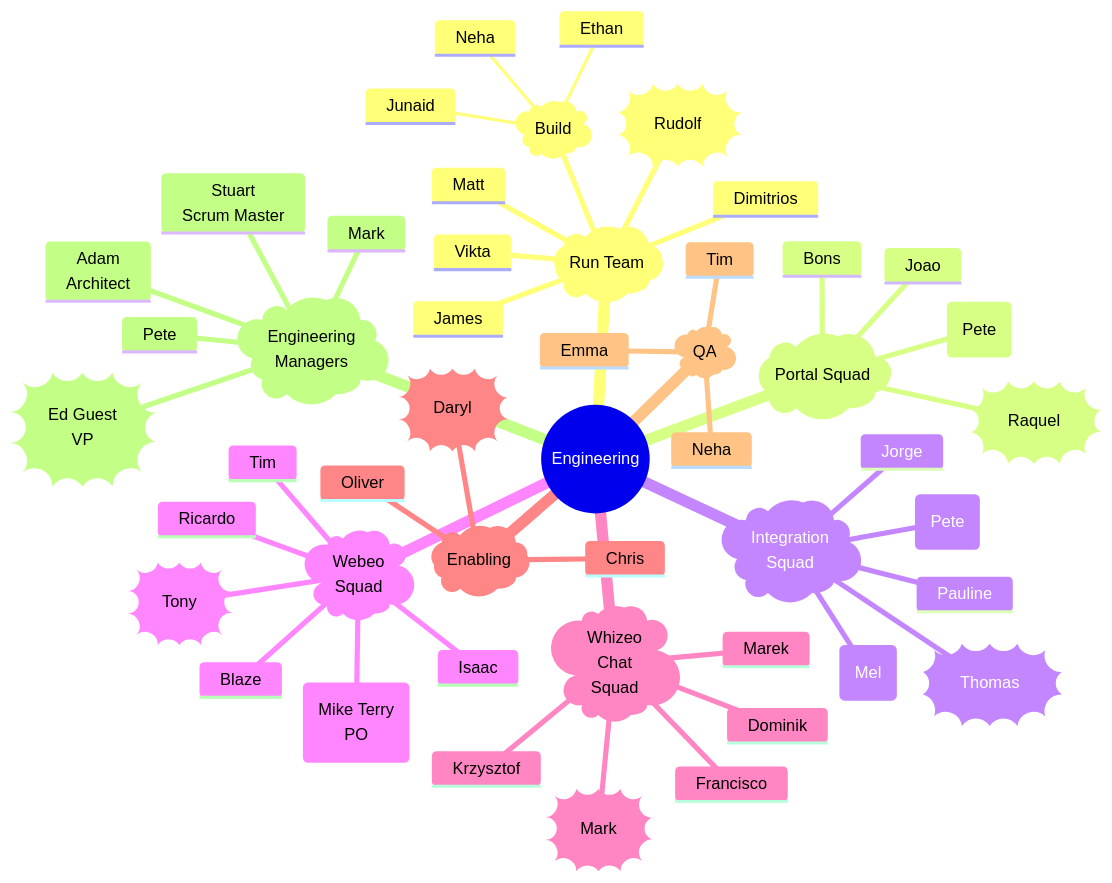
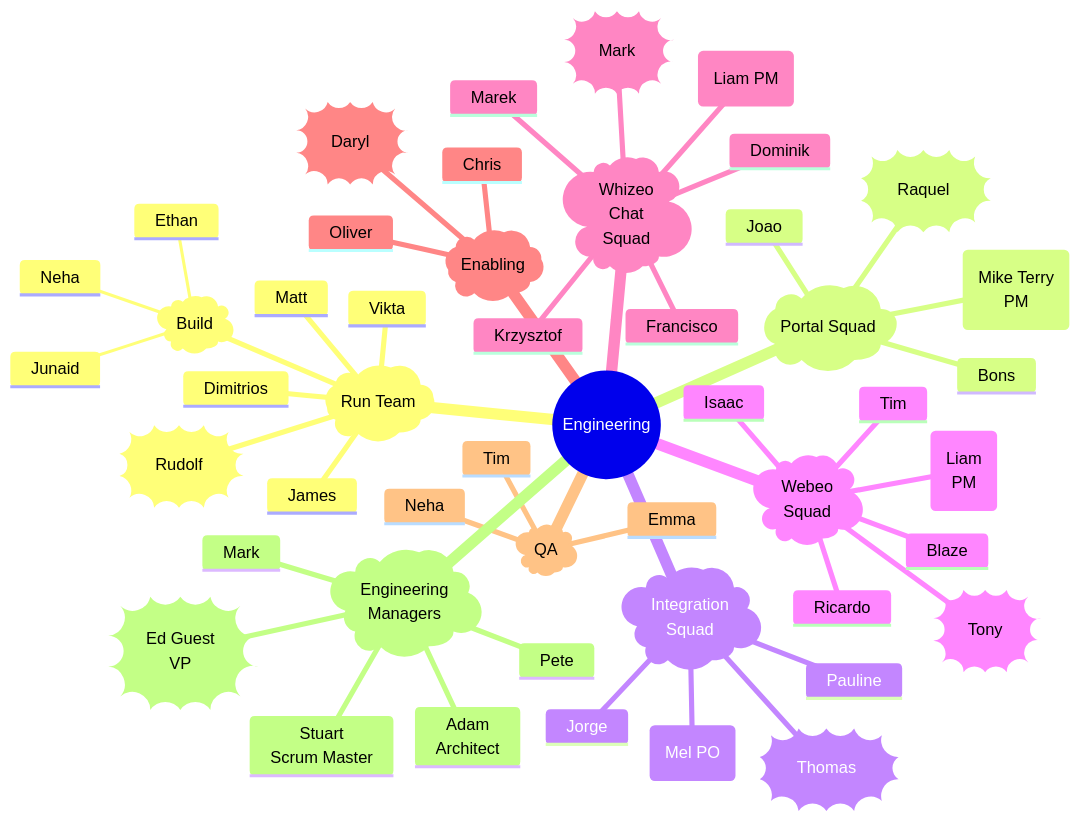
Before and after one commit to petebrlf/diagrams: the diagram in Teams/squads.mmd, drawn with Mermaid.

Commit message:
updated PM/PO

```diff
--- a/Teams/squads.mmd
+++ b/Teams/squads.mmd
@@ -1,55 +1,55 @@
 mindmap
   root((Engineering )
     )Run Team(
         ))Rudolf ((
       Vikta
       Dimitrios
       Matt
       James
       )Build(
         Junaid
         Ethan
         Neha 
 
     )Portal Squad(
         ))Raquel((
-      (Pete)
+      (Mike Terry<br>PM)
       Joao
       Bons
     )Integration <br>Squad(
         ))Thomas((
         
-      (Pete)
       Jorge
       Pauline
-      (Mel)
+      (Mel PO)
       
     )Webeo<br> Squad(
         ))Tony((
-        
+      (Liam <br> PM)  
       Blaze
       Isaac
       Ricardo
       Tim
-      (Mike Terry<br>PO)
+   
     )Whizeo <br>Chat <br>Squad(
         ))Mark((
-        
+      
+      (Liam PM)
       Marek
       Dominik
       Krzysztof
       Francisco
     )Enabling(
         ))Daryl((
       Oliver
       Chris
     )QA(
       Emma
       Neha
       Tim
     )Engineering<br>Managers(
       ))Ed Guest<br>VP((
       Pete
       Mark
       Stuart<br>Scrum Master
       Adam<br> Architect
```
